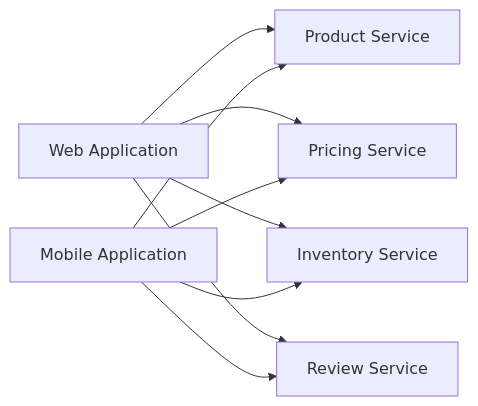
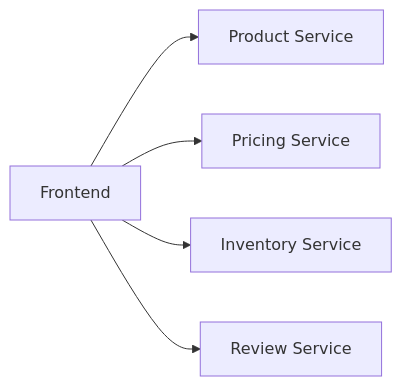
Before and after one commit to AvadhBhalodiya/Interview-Preparation: the second of 10 diagrams in src/content/system-design/api-gateway.md, drawn with Mermaid. The commit also changed other lines of this file and 54 other files, not shown here.

````diff
--- a/src/content/system-design/api-gateway.md
+++ b/src/content/system-design/api-gateway.md
@@ -54,15 +80,7 @@
 ```mermaid
 flowchart LR
-    WEB[Web Application]
-    MOBILE[Mobile Application]
-
-    WEB --> PRODUCT[Product Service]
+    WEB[Frontend] --> PRODUCT[Product Service]
     WEB --> PRICE[Pricing Service]
     WEB --> STOCK[Inventory Service]
     WEB --> REVIEW[Review Service]
-
-    MOBILE --> PRODUCT
-    MOBILE --> PRICE
-    MOBILE --> STOCK
-    MOBILE --> REVIEW
 ```
````
